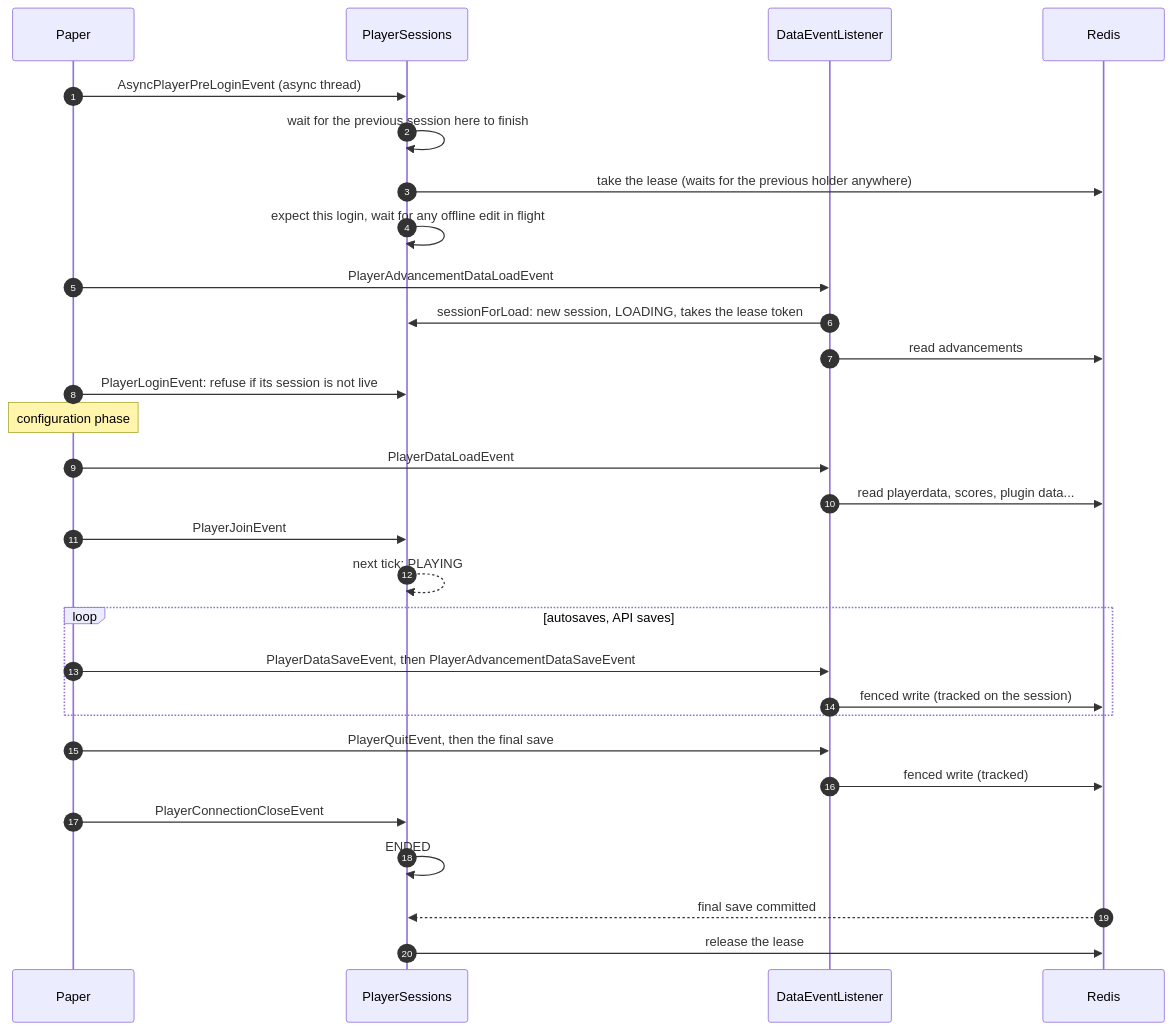
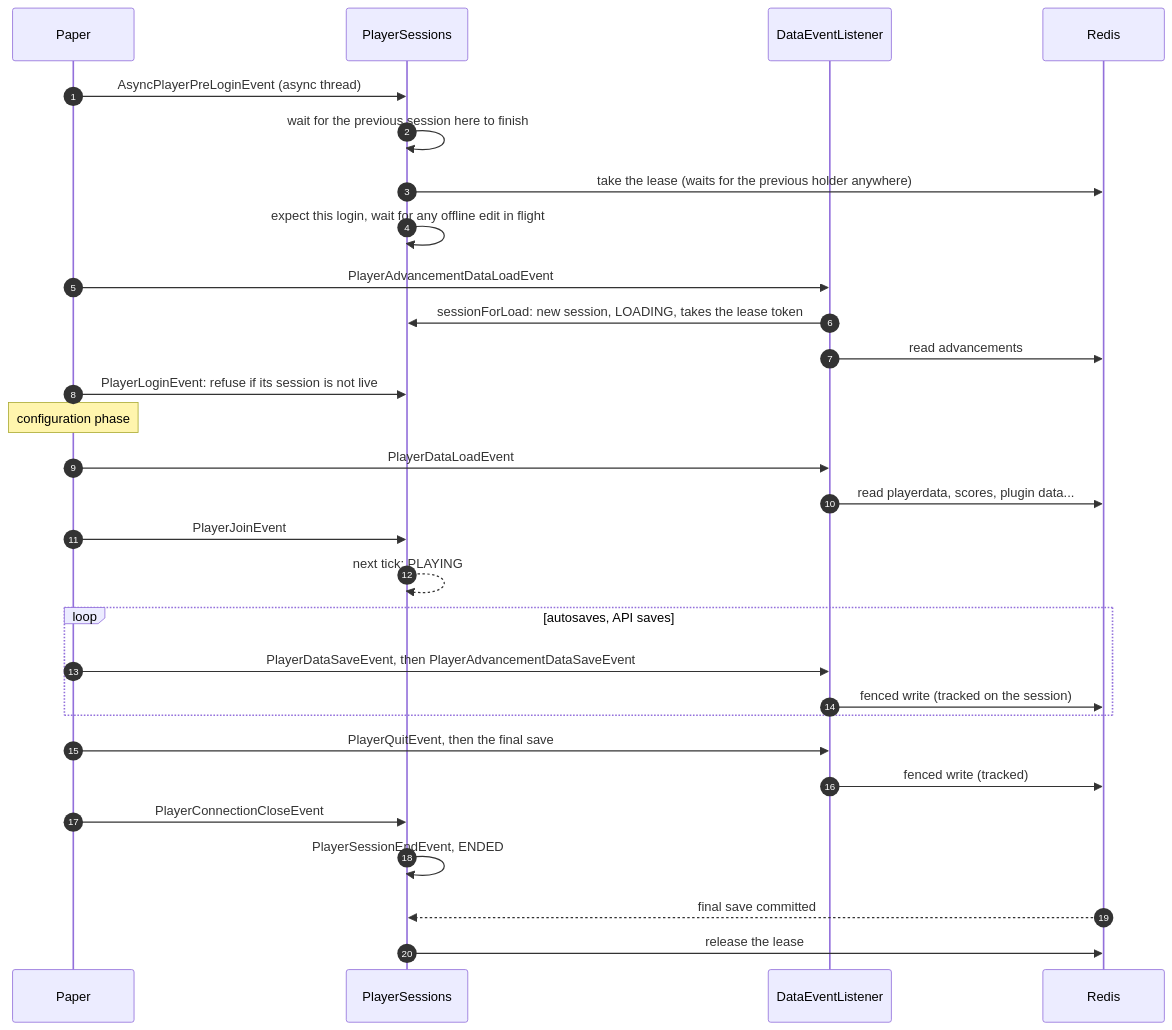
The third of 6 diagrams in redis-sync/ARCHITECTURE.md (TeamMonumenta/monumenta-server-management), drawn with Mermaid before and after one commit. The commit also changed other lines of this file and 22 other files, not shown here.

````diff
--- a/redis-sync/ARCHITECTURE.md
+++ b/redis-sync/ARCHITECTURE.md
@@ -161,31 +163,31 @@
 ```mermaid
 sequenceDiagram
     autonumber
     participant P as Paper
     participant S as PlayerSessions
     participant D as DataEventListener
     participant R as Redis
     P->>S: AsyncPlayerPreLoginEvent (async thread)
     S->>S: wait for the previous session here to finish
     S->>R: take the lease (waits for the previous holder anywhere)
     S->>S: expect this login, wait for any offline edit in flight
     P->>D: PlayerAdvancementDataLoadEvent
     D->>S: sessionForLoad: new session, LOADING, takes the lease token
     D->>R: read advancements
     P->>S: PlayerLoginEvent: refuse if its session is not live
     Note over P: configuration phase
     P->>D: PlayerDataLoadEvent
     D->>R: read playerdata, scores, plugin data...
     P->>S: PlayerJoinEvent
     S-->>S: next tick: PLAYING
     loop autosaves, API saves
         P->>D: PlayerDataSaveEvent, then PlayerAdvancementDataSaveEvent
         D->>R: fenced write (tracked on the session)
     end
     P->>D: PlayerQuitEvent, then the final save
     D->>R: fenced write (tracked)
     P->>S: PlayerConnectionCloseEvent
-    S->>S: ENDED
+    S->>S: PlayerSessionEndEvent, ENDED
     R-->>S: final save committed
     S->>R: release the lease
 ```
````
